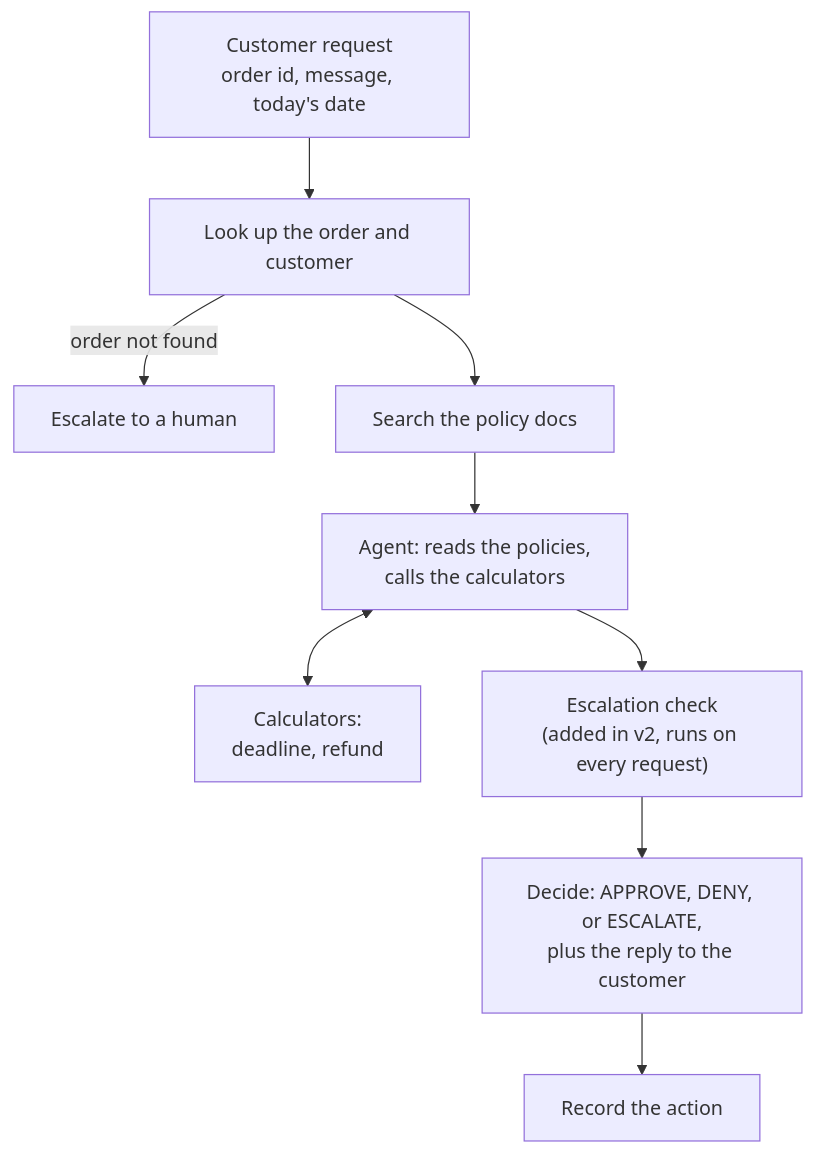
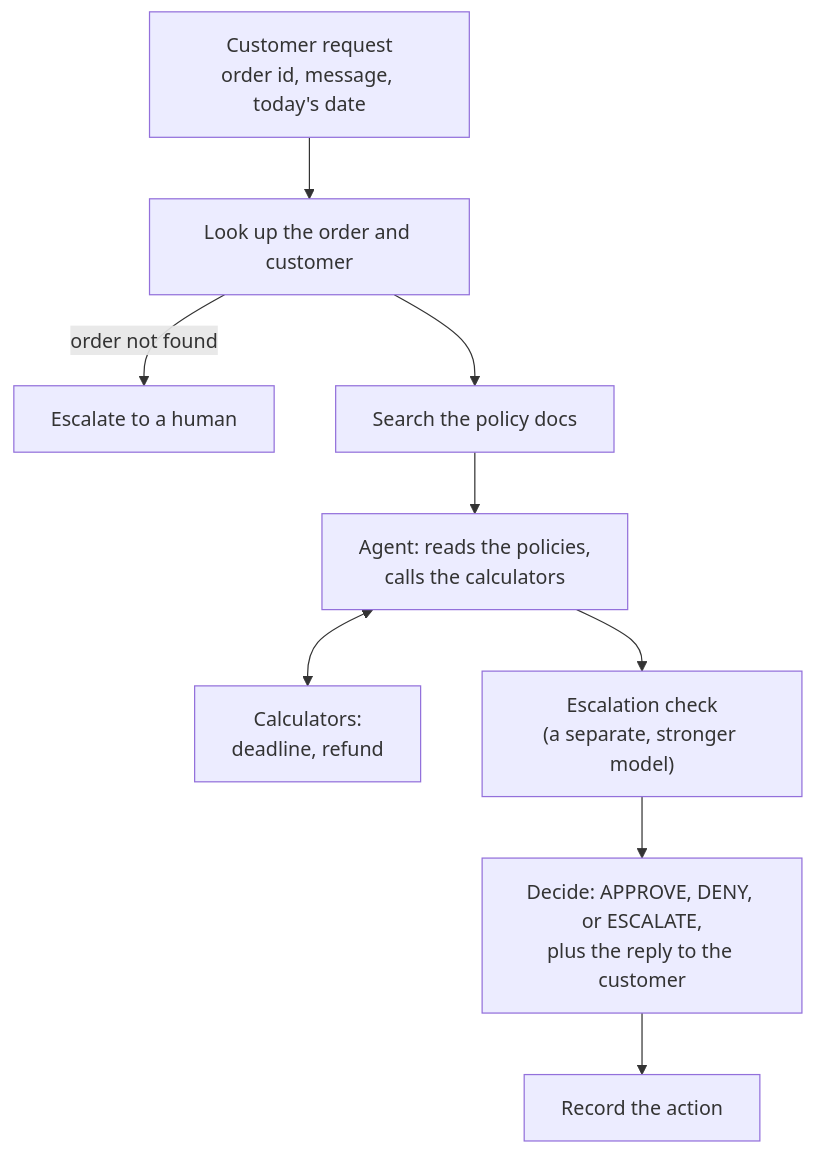
Before and after one commit to gregduda/focused: the diagram in README.md, drawn with Mermaid. The commit also changed other lines of this file and 7 other files, not shown here.

````diff
--- a/README.md
+++ b/README.md
@@ -82,11 +85,11 @@
 ```mermaid
 flowchart TD
     A["Customer request<br/>order id, message, today's date"] --> B["Look up the order and customer"]
     B -- "order not found" --> X["Escalate to a human"]
     B --> C["Search the policy docs"]
     C --> D["Agent: reads the policies,<br/>calls the calculators"]
     D <--> T["Calculators:<br/>deadline, refund"]
-    D --> E["Escalation check<br/>(added in v2, runs on every request)"]
+    D --> E["Escalation check<br/>(a separate, stronger model)"]
     E --> F["Decide: APPROVE, DENY, or ESCALATE,<br/>plus the reply to the customer"]
     F --> G["Record the action"]
 ```
````
